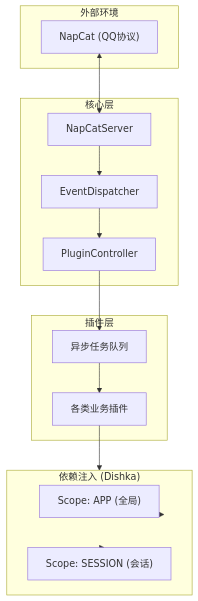
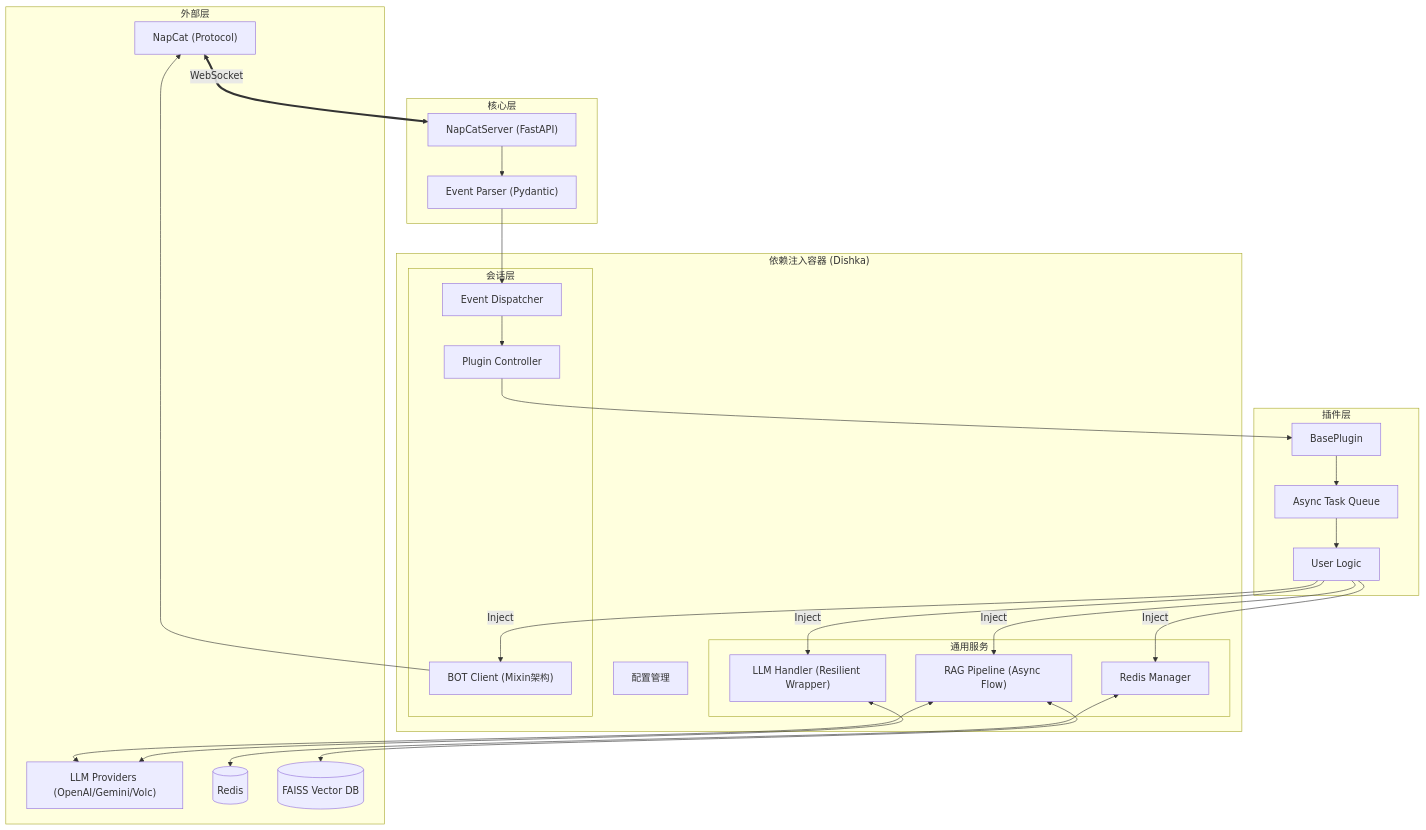
One commit to yexi-by/MyBot changed the diagram in README.md. Above: the diagram before and after it, drawn with Mermaid. The commit also changed other lines of this file, not shown here.

````diff
--- a/README.md
+++ b/README.md
@@ -116,31 +105,52 @@
 ```mermaid
 graph TB
-    subgraph External["外部环境"]
-        NapCat["NapCat (QQ协议)"]
+    subgraph External["外部层"]
+        NapCat["NapCat (Protocol)"]
+        LLM["LLM Providers (OpenAI/Gemini/Volc)"]
+        Redis[("Redis")]
+        FAISS[("FAISS Vector DB")]
+    end
+
+    subgraph DI["依赖注入容器 (Dishka)"]
+        Settings["配置管理"]
+        
+        subgraph Services["通用服务"]
+            LLMHandler["LLM Handler (Resilient Wrapper)"]
+            RAG["RAG Pipeline (Async Flow)"]
+            RedisMgr["Redis Manager"]
+        end
+        
+        subgraph Session["会话层"]
+            BotClient["BOT Client (Mixin架构)"]
+            Dispatcher["Event Dispatcher"]
+            PluginCtrl["Plugin Controller"]
+        end
     end
 
     subgraph Core["核心层"]
-        Server["NapCatServer"]
-        Dispatcher["EventDispatcher"]
-        PluginCtrl["PluginController"]
-    end
-
-    subgraph DI["依赖注入 (Dishka)"]
-        ScopeApp["Scope: APP (全局)"]
-        ScopeSession["Scope: SESSION (会话)"]
+        Server["NapCatServer (FastAPI)"]
+        Parser["Event Parser (Pydantic)"]
     end
 
     subgraph Plugins["插件层"]
-        P_List["各类业务插件"]
-        Queue["异步任务队列"]
+        P_Base["BasePlugin"]
+        P_Queue["Async Task Queue"]
+        P_Logic["User Logic"]
     end
 
-    NapCat <--> Server
-    Server --> Dispatcher
+    %% 连接
+    NapCat <==>|WebSocket| Server
+    Server --> Parser --> Dispatcher
     Dispatcher --> PluginCtrl
-    PluginCtrl --> Queue
-    Queue --> P_List
     
-    P_List --> DI
-    DI --> ScopeApp & ScopeSession
+    %% 服务交互
+    LLMHandler <--> LLM
+    RAG <--> FAISS & LLM
+    RedisMgr <--> Redis
+    BotClient --> NapCat
+
+    %% 插件交互
+    PluginCtrl --> P_Base
+    P_Base --> P_Queue --> P_Logic
+    P_Logic -->|Inject| BotClient & LLMHandler & RAG & RedisMgr
 ```
````
